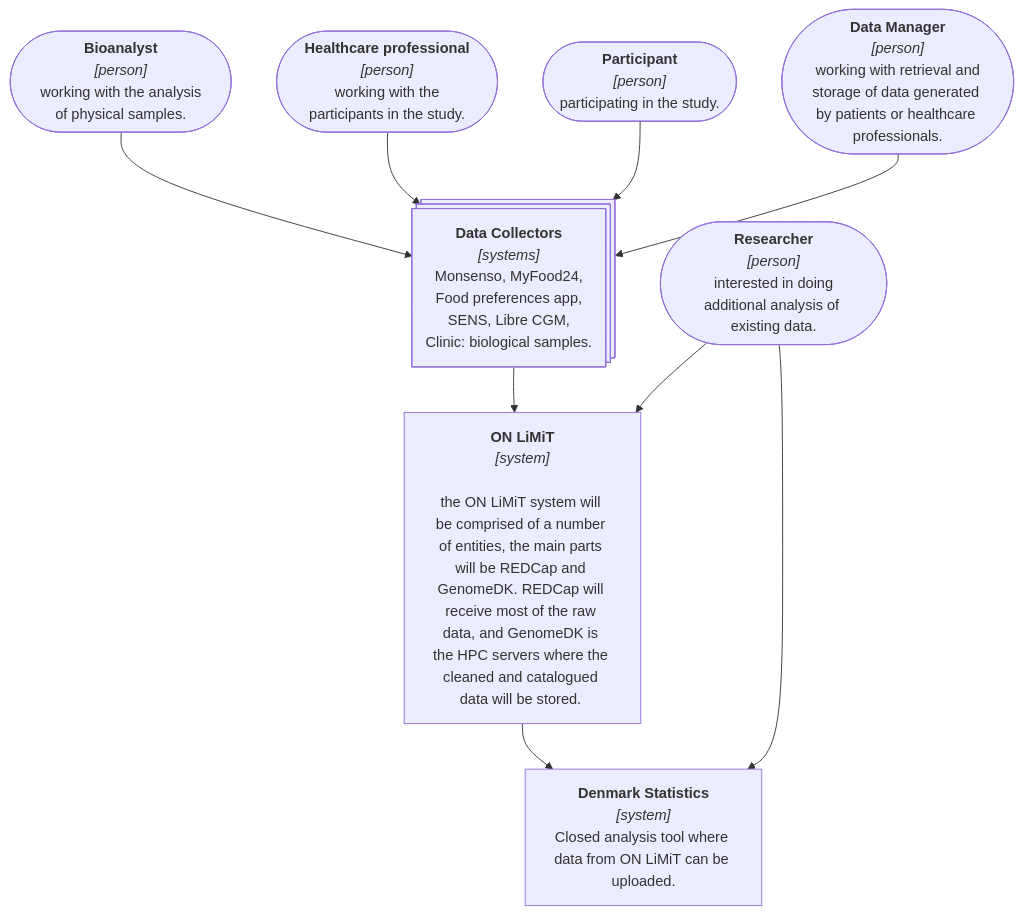
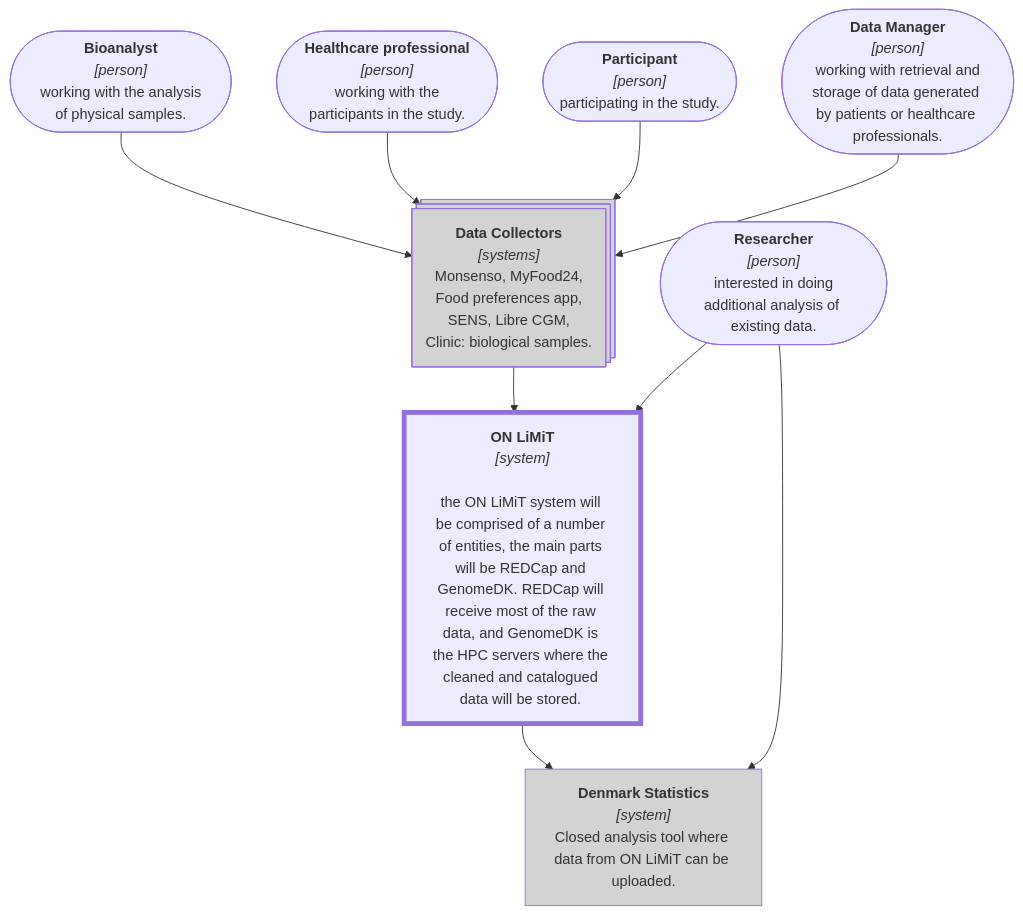
Before and after one commit to onlimit-study/dmp: the first of 2 diagrams in documents/C4-level.qmd, drawn with Mermaid. The commit also changed other lines of this file and 2 other files, not shown here.

Commit message:
docs: update container graph to show link between researcher and analysis area

````diff
--- a/documents/C4-level.qmd
+++ b/documents/C4-level.qmd
@@ -16,27 +16,29 @@
 ```{mermaid}
-
 %%| label: fig-c4-context
 %%| fig-cap: "C4 Context diagram showing a basic overview of ON LiMiT, its anticipated users, and data providers."
 flowchart TD
 Bioanalyst@{shape: stadium, label: "<b>Bioanalyst</b><br><i>[person]</i><br> working with the analysis of physical samples."}
 Healthprof@{shape: stadium, label: "<b>Healthcare professional</b><br><i>[person]</i><br> working with the participants in the study."}
 Participant@{shape: stadium, label: "<b>Participant</b><br><i>[person]</i><br> participating in the study."}
 Datamanager@{shape: stadium, label: "<b>Data Manager</b><br><i>[person]</i><br> working with retrieval and storage of data generated by patients or healthcare professionals."}
 Researcher@{shape: stadium, label: "<b>Researcher</b><br><i>[person]</i><br> interested in doing additional analysis of existing data."}
 
 onlimit@{shape: proc, label: "<b>ON LiMiT</b><br><i>[system]</i><br><br>the ON LiMiT system will be comprised of a number of entities, the main parts will be REDCap and GenomeDK. REDCap will receive most of the raw data, and GenomeDK is the HPC servers where the cleaned and catalogued data will be stored. "}
 DS@{shape: proc, label: "<b>Denmark Statistics</b><br><i>[system]</i><br>Closed analysis tool where data from ON LiMiT can be uploaded."}
 DP@{ shape: procs, label: "<b>Data Collectors</b><br><i>[systems]</i><br>Monsenso, MyFood24,<br>Food preferences app,<br>SENS, Libre CGM,<br>Clinic: biological samples."}
 
+onlimit:::system
+DP:::external
+DS:::external
 Bioanalyst --> DP
 Healthprof --> DP
 Participant --> DP
 Datamanager --> DP
 DP --> onlimit
 Researcher --> onlimit
 onlimit --> DS
 Researcher --> DS
 
 classDef system stroke-width:4pt
 classDef external fill:lightgrey
 ```
````
